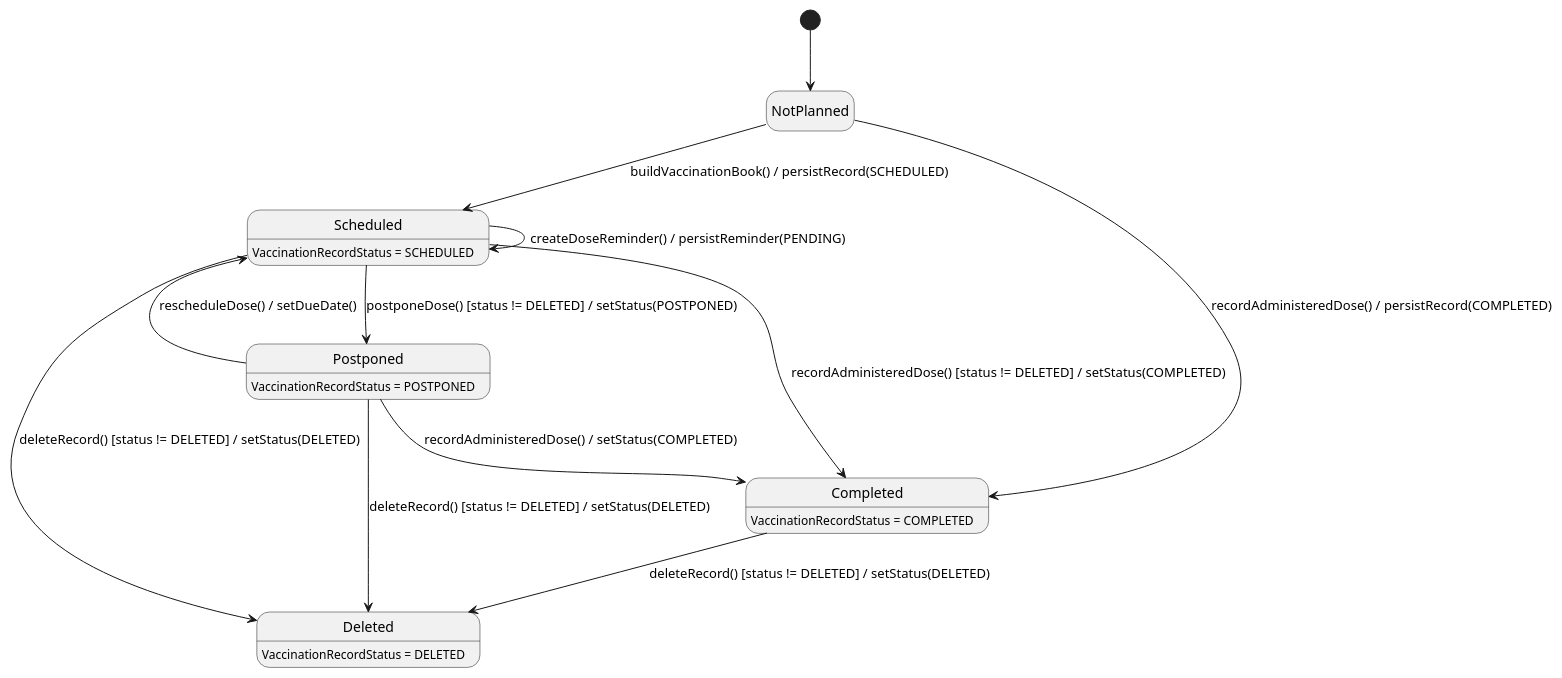
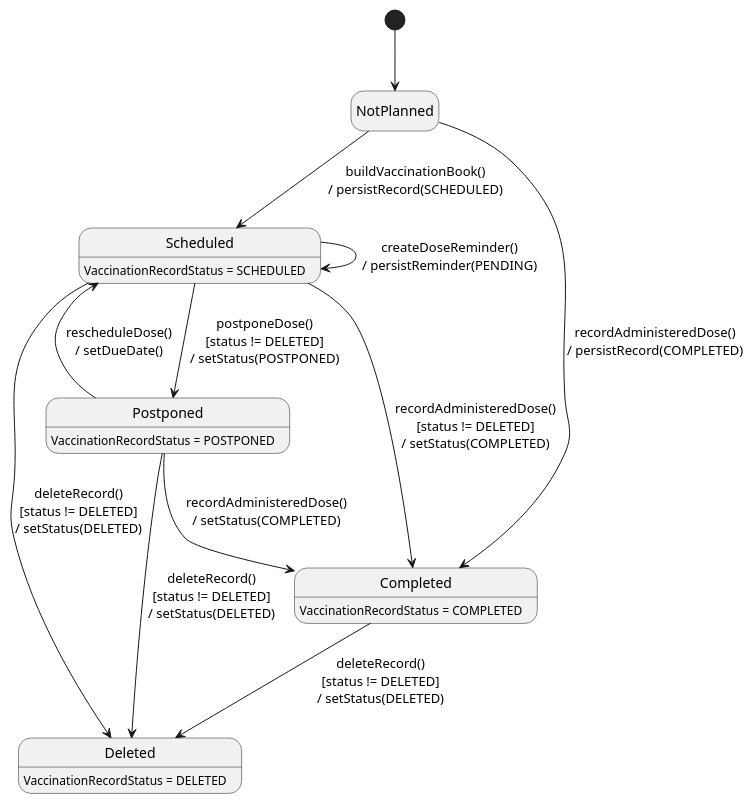
Before and after one commit to ChuongBDHE172784/CareBridge_SEP490_G79: the third of 3 diagrams in 03_Design/Detailed_Design/MF03_Baby_Care_Journey_Growth_Vaccination/03_Vaccination_Record_Schedule_and_Reminder.md, drawn with PlantUML. The commit also changed 61 other files, not shown here.

Commit message:
docs: update detailed design documentation and state chart diagrams across all feature modules

````diff
--- a/03_Design/Detailed_Design/MF03_Baby_Care_Journey_Growth_Vaccination/03_Vaccination_Record_Schedule_and_Reminder.md
+++ b/03_Design/Detailed_Design/MF03_Baby_Care_Journey_Growth_Vaccination/03_Vaccination_Record_Schedule_and_Reminder.md
@@ -234,22 +234,22 @@
 ```plantuml
 @startuml StateChartDiagram_03VaccinationRecordScheduleandReminder
 hide empty description
 [*] --> NotPlanned
 
-NotPlanned --> Scheduled : buildVaccinationBook() / persistRecord(SCHEDULED)
-NotPlanned --> Completed : recordAdministeredDose() / persistRecord(COMPLETED)
-Scheduled --> Completed : recordAdministeredDose() [status != DELETED] / setStatus(COMPLETED)
-Scheduled --> Postponed : postponeDose() [status != DELETED] / setStatus(POSTPONED)
-Postponed --> Scheduled : rescheduleDose() / setDueDate()
-Postponed --> Completed : recordAdministeredDose() / setStatus(COMPLETED)
-Scheduled --> Deleted : deleteRecord() [status != DELETED] / setStatus(DELETED)
-Completed --> Deleted : deleteRecord() [status != DELETED] / setStatus(DELETED)
-Postponed --> Deleted : deleteRecord() [status != DELETED] / setStatus(DELETED)
-Scheduled --> Scheduled : createDoseReminder() / persistReminder(PENDING)
+NotPlanned --> Scheduled : buildVaccinationBook()\n/ persistRecord(SCHEDULED)
+NotPlanned --> Completed : recordAdministeredDose()\n/ persistRecord(COMPLETED)
+Scheduled --> Completed : recordAdministeredDose()\n[status != DELETED]\n/ setStatus(COMPLETED)
+Scheduled --> Postponed : postponeDose()\n[status != DELETED]\n/ setStatus(POSTPONED)
+Postponed --> Scheduled : rescheduleDose()\n/ setDueDate()
+Postponed --> Completed : recordAdministeredDose()\n/ setStatus(COMPLETED)
+Scheduled --> Deleted : deleteRecord()\n[status != DELETED]\n/ setStatus(DELETED)
+Completed --> Deleted : deleteRecord()\n[status != DELETED]\n/ setStatus(DELETED)
+Postponed --> Deleted : deleteRecord()\n[status != DELETED]\n/ setStatus(DELETED)
+Scheduled --> Scheduled : createDoseReminder()\n/ persistReminder(PENDING)
 
 Scheduled : VaccinationRecordStatus = SCHEDULED
 Completed : VaccinationRecordStatus = COMPLETED
 Postponed : VaccinationRecordStatus = POSTPONED
 Deleted : VaccinationRecordStatus = DELETED
 @enduml
 ```
````
